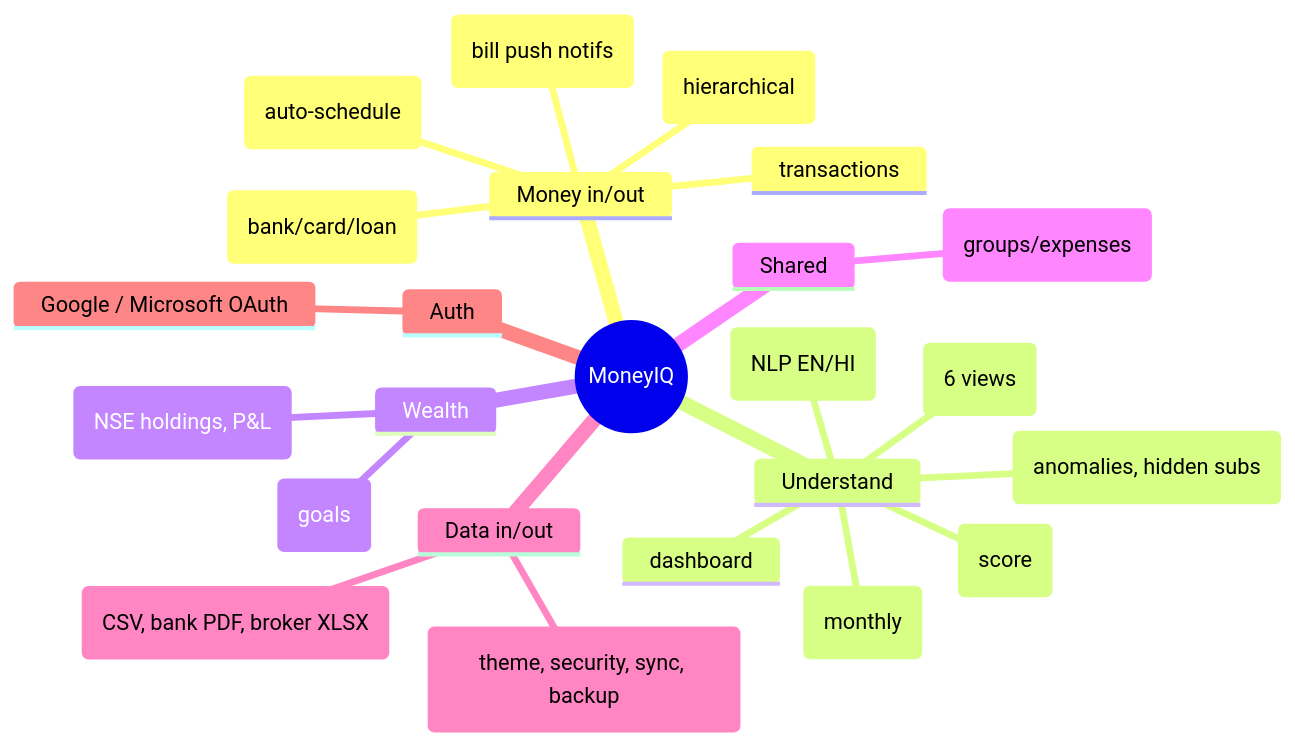
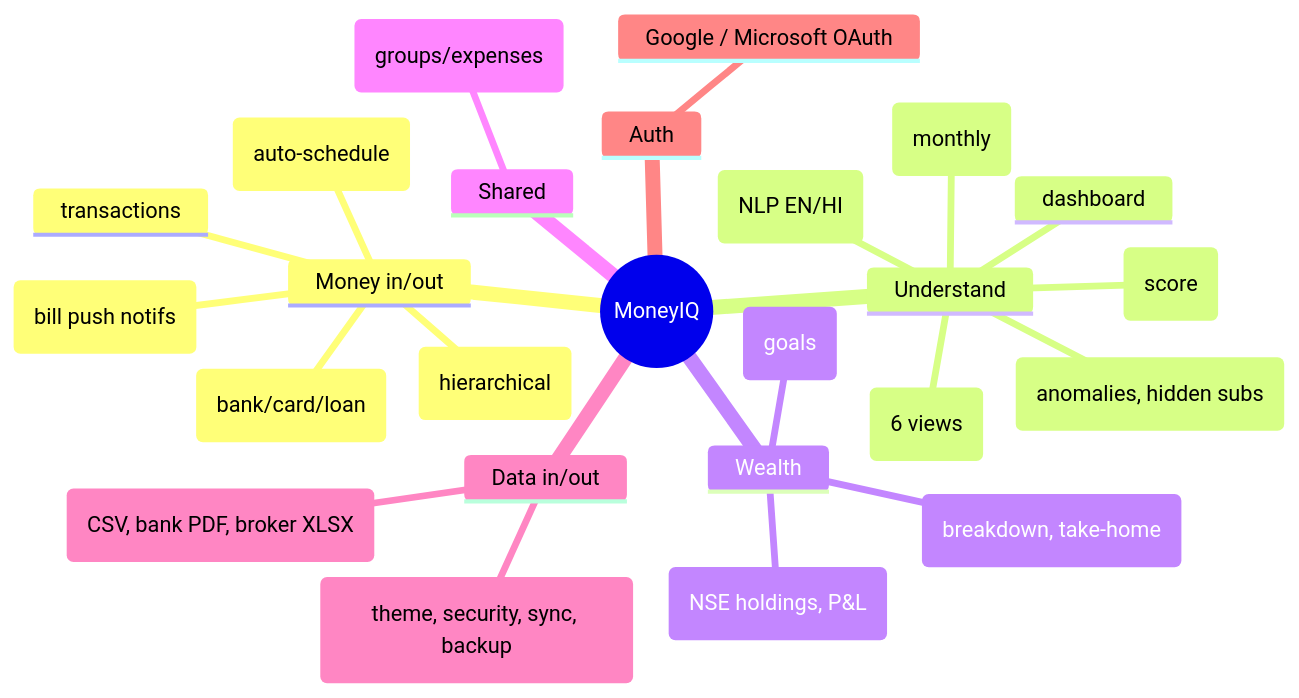
One commit to vikasreddykamalapuram/expense-manager changed the first of 3 diagrams in expense-manager/ARCHITECTURE.md. Above: the diagram before and after it, drawn with Mermaid. The commit also changed 9 other files, not shown here.

````diff
--- a/expense-manager/ARCHITECTURE.md
+++ b/expense-manager/ARCHITECTURE.md
@@ -14,27 +14,28 @@
 ```mermaid
 mindmap
   root((MoneyIQ))
     Money in/out
       transactions
       accounts (bank/card/loan)
       categories (hierarchical)
       recurring (auto-schedule)
       reminders (bill push notifs)
     Understand
       dashboard
       analytics (6 views)
       reports (monthly)
       insights (anomalies, hidden subs)
       health (score)
       assistant (NLP EN/HI)
     Wealth
       stocks (NSE holdings, P&L)
       savings (goals)
+      salary (breakdown, take-home)
     Shared
       splitwise (groups/expenses)
     Data in/out
       import (CSV, bank PDF, broker XLSX)
       settings (theme, security, sync, backup)
     Auth
       Google / Microsoft OAuth
 ```
````
